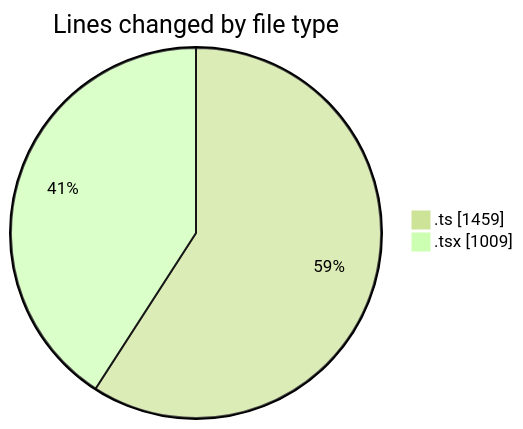
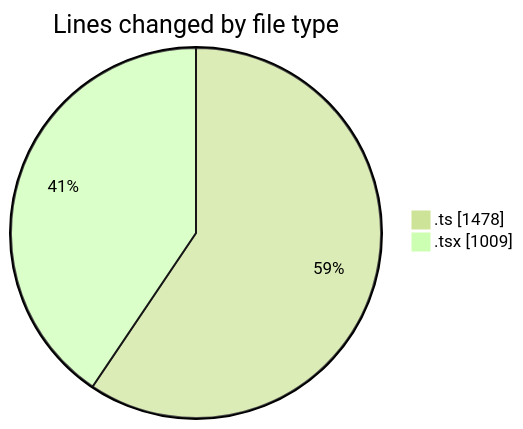
The first of 2 diagrams in 2026-03-04/nxtqube_webapp/README.md (nxtqubesakshisongat/code-tracking), drawn with Mermaid (forest theme) before and after one commit. The commit also changed other lines of this file and 1 other file, not shown here.

````diff
--- a/2026-03-04/nxtqube_webapp/README.md
+++ b/2026-03-04/nxtqube_webapp/README.md
@@ -24,6 +24,6 @@
 ```mermaid
 pie showData
 title Lines changed by file type
-".ts" : 1459
+".ts" : 1478
 ".tsx" : 1009
 ```
````
